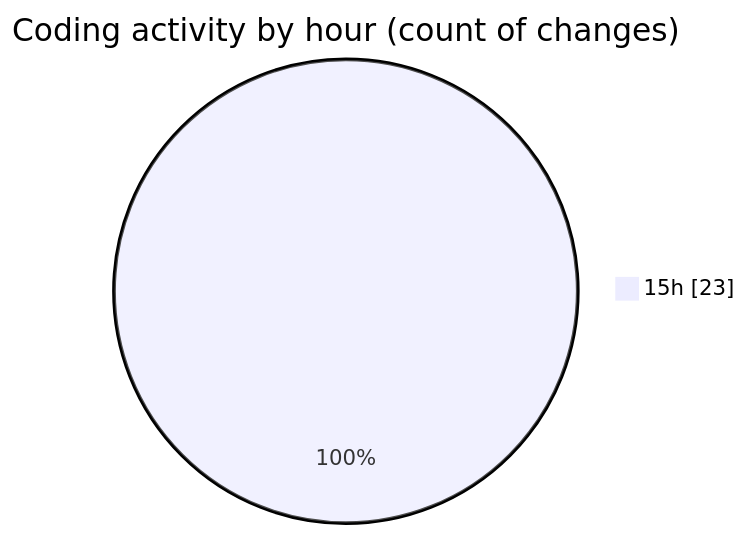
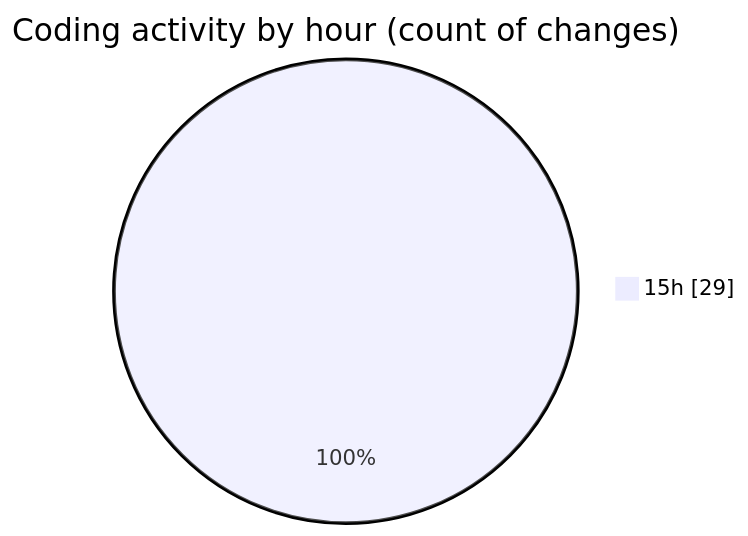
Before and after one commit to JenPaints/code-tracking: the second of 2 diagrams in 2025-07-26/cohera/README.md, drawn with Mermaid. The commit also changed other lines of this file and 1 other file, not shown here.

````diff
--- a/2025-07-26/cohera/README.md
+++ b/2025-07-26/cohera/README.md
@@ -36,5 +36,5 @@
 ```mermaid
 pie showData
 title Coding activity by hour (count of changes)
-"15h" : 23
+"15h" : 29
 ```
````
